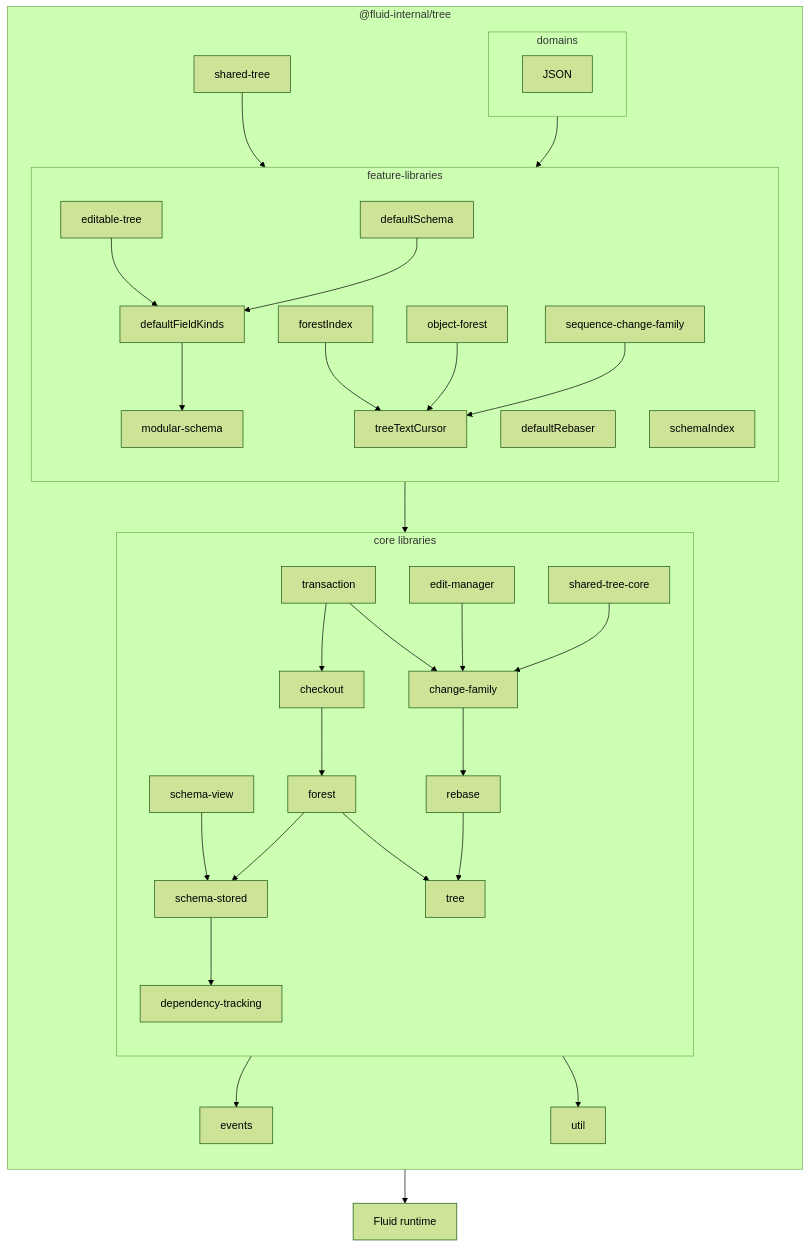
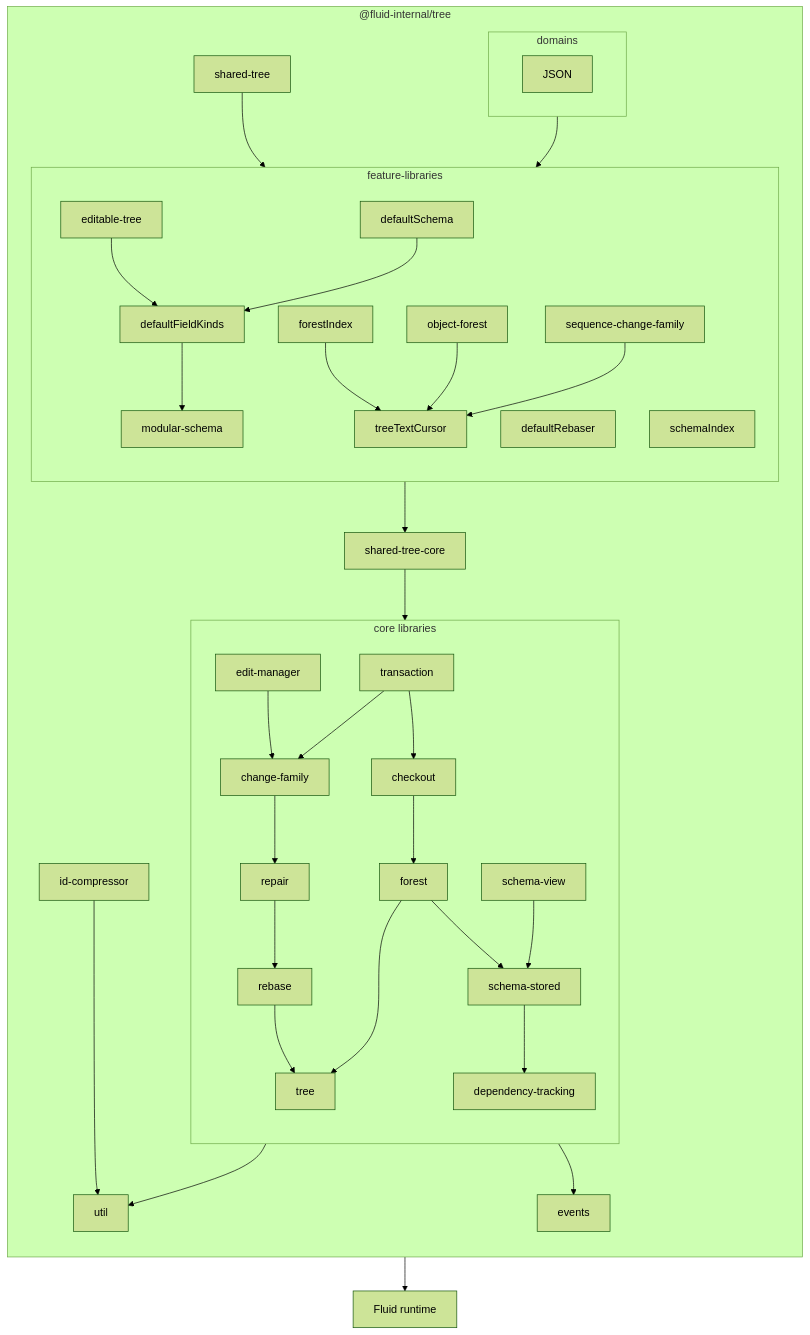
Before and after one commit to microsoft/FluidFramework: the sixth of 6 diagrams in packages/dds/tree/README.md, drawn with Mermaid (forest theme). The commit also changed other lines of this file and 129 other files, not shown here.

First line of the commit message:
Tree: Nest Core libs into core directory (#13487)

````diff
--- a/packages/dds/tree/README.md
+++ b/packages/dds/tree/README.md
@@ -298,42 +298,44 @@
 ```mermaid
 flowchart
     direction TB
     subgraph package ["@fluid-internal/tree"]
         direction TB
         subgraph core ["core libraries"]
             direction TB
             checkout-->forest
-            shared-tree-core-->change-family
             forest-->schema-stored
-            change-family-->rebase
+            change-family-->repair
             edit-manager-->change-family
+            repair-->rebase
             rebase-->tree
             schema-stored-->dependency-tracking
             schema-view-->schema-stored
             transaction-->change-family
             transaction-->checkout
             dependency-tracking
             forest-->tree
         end
         core-->events
         core-->util
-        feature-->core
+        id-compressor-->util
+        feature-->shared-tree-core
+        shared-tree-core-->core
         shared-tree-->feature
         subgraph feature ["feature-libraries"]
             direction TB
             editable-tree-->defaultFieldKinds
             defaultRebaser
             defaultSchema-->defaultFieldKinds-->modular-schema
             forestIndex-->treeTextCursor
             modular-schema
             object-forest-->treeTextCursor
             schemaIndex
             sequence-change-family-->treeTextCursor
         end
         subgraph domains
             JSON
         end
         domains-->feature
     end
     package-->runtime["Fluid runtime"]
 ```
````
